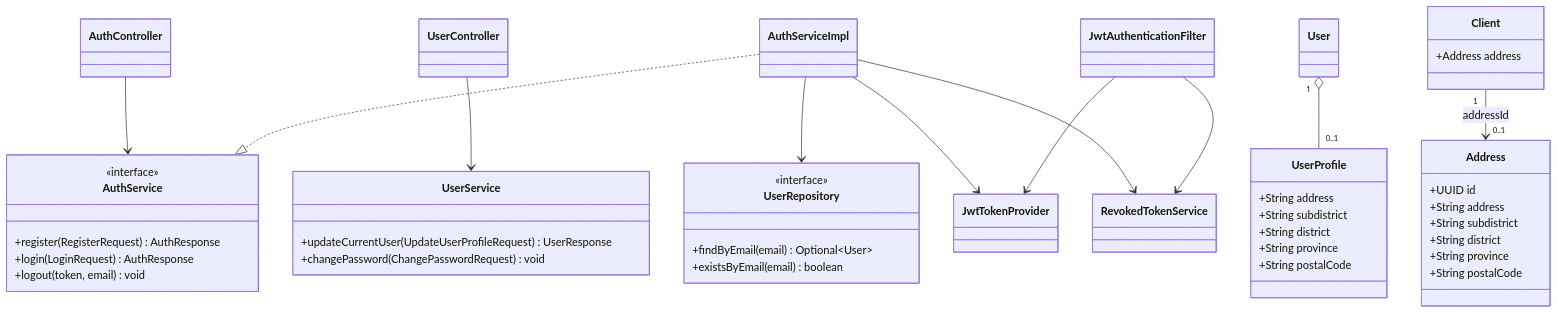
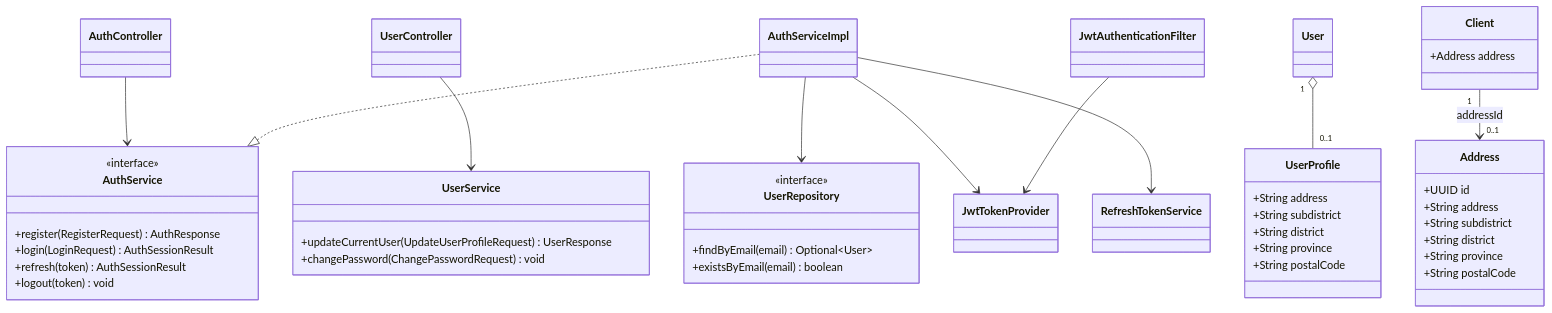
The diagram in doc/V1/DESIGN/petpinyo-design.md (lillianxhub/freelance-hub), drawn with Mermaid before and after one commit. The commit also changed other lines of this file and 40 other files, not shown here.

Commit message:
Implement rotating refresh token lifecycle

````diff
--- a/doc/V1/DESIGN/petpinyo-design.md
+++ b/doc/V1/DESIGN/petpinyo-design.md
@@ -22,54 +22,54 @@
 ```mermaid
 classDiagram
     class AuthController
     class UserController
     class AuthService {
         <<interface>>
         +register(RegisterRequest) AuthResponse
-        +login(LoginRequest) AuthResponse
-        +logout(token, email) void
+        +login(LoginRequest) AuthSessionResult
+        +refresh(token) AuthSessionResult
+        +logout(token) void
     }
     class AuthServiceImpl
     class UserRepository {
         <<interface>>
         +findByEmail(email) Optional~User~
         +existsByEmail(email) boolean
     }
     class JwtTokenProvider
     class JwtAuthenticationFilter
-    class RevokedTokenService
+    class RefreshTokenService
     class UserService {
         +updateCurrentUser(UpdateUserProfileRequest) UserResponse
         +changePassword(ChangePasswordRequest) void
     }
     class User
     class UserProfile {
         +String address
         +String subdistrict
         +String district
         +String province
         +String postalCode
     }
     class Client {
         +Address address
     }
     class Address {
         +UUID id
         +String address
         +String subdistrict
         +String district
         +String province
         +String postalCode
     }
 
     AuthController --> AuthService
     AuthServiceImpl ..|> AuthService
     AuthServiceImpl --> UserRepository
     AuthServiceImpl --> JwtTokenProvider
-    AuthServiceImpl --> RevokedTokenService
+    AuthServiceImpl --> RefreshTokenService
     UserController --> UserService
     User "1" o-- "0..1" UserProfile
     Client "1" --> "0..1" Address : addressId
     JwtAuthenticationFilter --> JwtTokenProvider
-    JwtAuthenticationFilter --> RevokedTokenService
 ```
````
